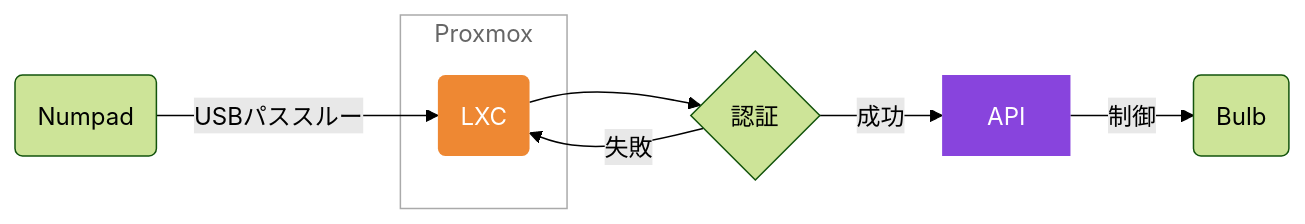
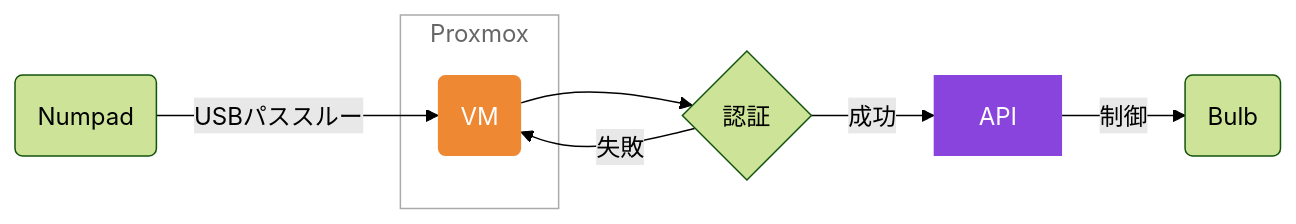
Before and after one commit to gaimo-ch/Zenn: the diagram in articles/45ea37e1b281d3.md, drawn with Mermaid (forest theme). The commit also changed other lines of this file, not shown here.

````diff
--- a/articles/45ea37e1b281d3.md
+++ b/articles/45ea37e1b281d3.md
@@ -27,23 +31,23 @@
 ```mermaid
 flowchart LR
 
 Bulb("Bulb")
 Numpad("Numpad")
 
 subgraph Proxmox[Proxmox]
-  LXC(LXC)
+  VM(VM)
 end
 
-Numpad --"USBパススルー"--> LXC --> 認証 --"成功"--> API --"制御"--> Bulb
-  認証 --"失敗"--> LXC
+Numpad --"USBパススルー"--> VM --> 認証 --"成功"--> API --"制御"--> Bulb
+  認証 --"失敗"--> VM
 
 classDef clear fill:none,color:#666,stroke:#aaa
 class Proxmox clear
 
 classDef orange fill:#e83,color:#fff,stroke:none
-class LXC orange
+class VM orange
 
 classDef purple fill:#84d,color:#fff,stroke:none
 class API purple
   認証{"認証"}
 ```
````
